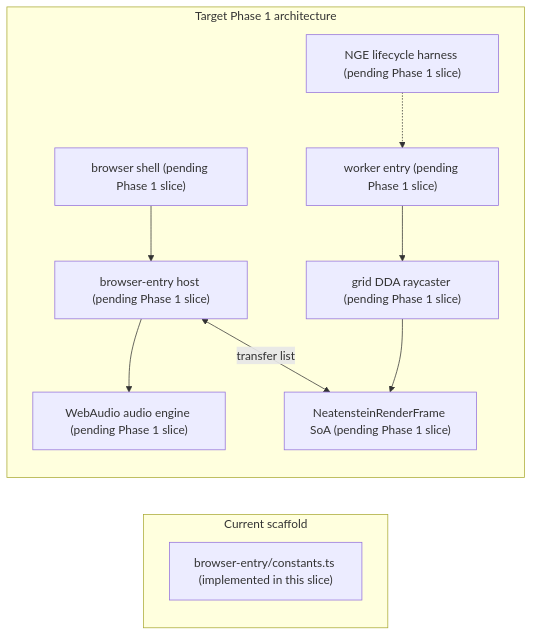
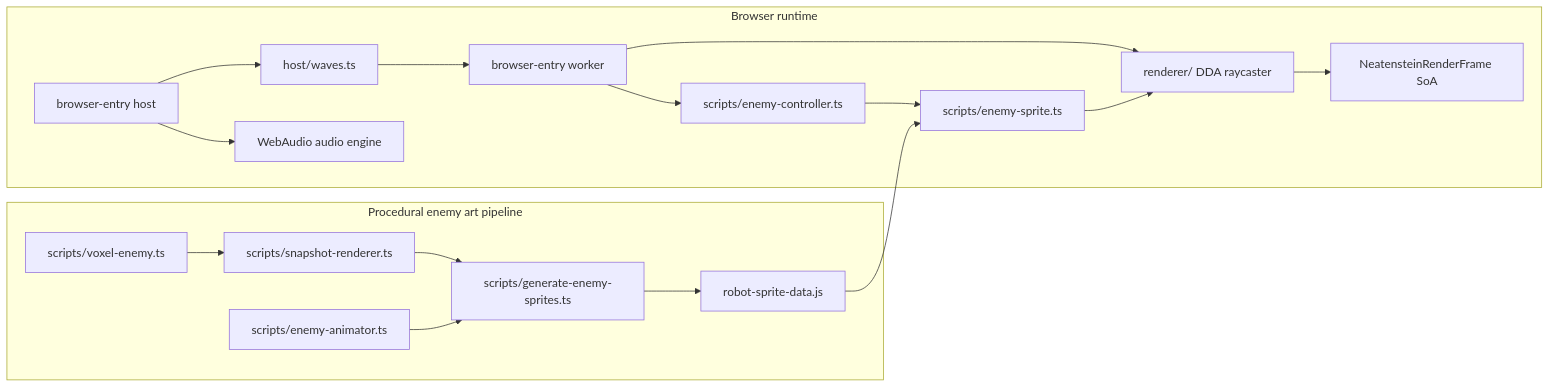
The diagram in examples/neatenstein/README.md (reicek/NeatapticTS), drawn with Mermaid before and after one commit. The commit also changed other lines of this file and 442 other files, not shown here.

````diff
--- a/examples/neatenstein/README.md
+++ b/examples/neatenstein/README.md
@@ -69,23 +82,35 @@
 ```mermaid
 flowchart LR
-    subgraph CurrentScaffold["Current scaffold"]
-        Constants["browser-entry/constants.ts (implemented in this slice)"]
+    subgraph Runtime["Browser runtime"]
+        Host["browser-entry host"]
+        Waves["host/waves.ts"]
+        Worker["browser-entry worker"]
+        Controller["scripts/enemy-controller.ts"]
+        Sprite["scripts/enemy-sprite.ts"]
+        Renderer["renderer/ DDA raycaster"]
+        Frame["NeatensteinRenderFrame SoA"]
+        Audio["WebAudio audio engine"]
     end
 
-    subgraph TargetPhase1["Target Phase 1 architecture"]
-        BrowserShell["browser shell (pending Phase 1 slice)"]
-        HostEntry["browser-entry host (pending Phase 1 slice)"]
-        WorkerEntry["worker entry (pending Phase 1 slice)"]
-        Raycaster["grid DDA raycaster (pending Phase 1 slice)"]
-        Frame["NeatensteinRenderFrame SoA (pending Phase 1 slice)"]
-        Audio["WebAudio audio engine (pending Phase 1 slice)"]
-        NGE["NGE lifecycle harness (pending Phase 1 slice)"]
+    subgraph ArtPipeline["Procedural enemy art pipeline"]
+        Voxel["scripts/voxel-enemy.ts"]
+        Snapshot["scripts/snapshot-renderer.ts"]
+        Animator["scripts/enemy-animator.ts"]
+        Generator["scripts/generate-enemy-sprites.ts"]
+        Atlas["robot-sprite-data.js"]
     end
 
-    BrowserShell --> HostEntry
-    HostEntry --> Audio
-    HostEntry <-- "transfer list" --> Frame
-    WorkerEntry --> Raycaster
-    Raycaster --> Frame
-    NGE -.-> WorkerEntry
+    Host --> Waves
+    Waves --> Worker
+    Worker --> Controller
+    Worker --> Renderer
+    Controller --> Sprite
+    Renderer --> Frame
+    Host --> Audio
+    Voxel --> Snapshot
+    Snapshot --> Generator
+    Animator --> Generator
+    Generator --> Atlas
+    Atlas --> Sprite
+    Sprite --> Renderer
 ```
````
